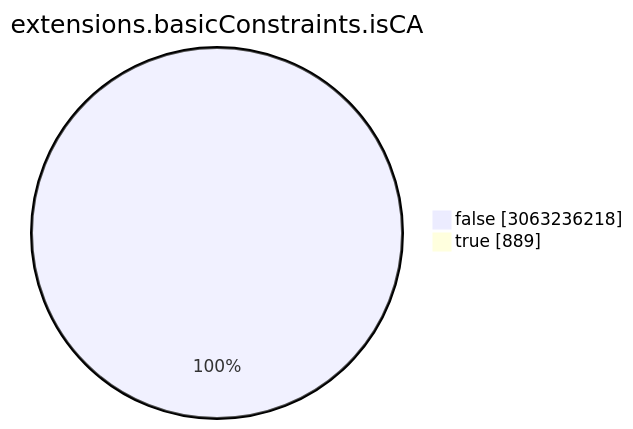
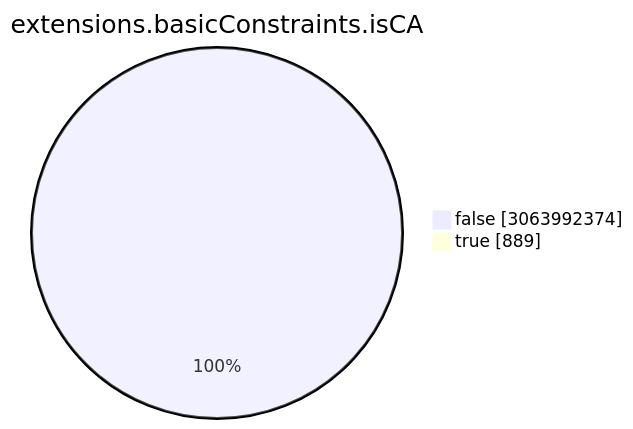
The seventh of 15 diagrams in TOTAL/README.md (christiankrug/ctmonitor_visualization), drawn with Mermaid before and after one commit. The commit also changed other lines of this file, not shown here.

````diff
--- a/TOTAL/README.md
+++ b/TOTAL/README.md
@@ -3086,6 +3086,6 @@
 ```mermaid
 pie showData
 title extensions.basicConstraints.isCA
-"false" :3063236218
+"false" :3063992374
 "true" :889
 ```
````
